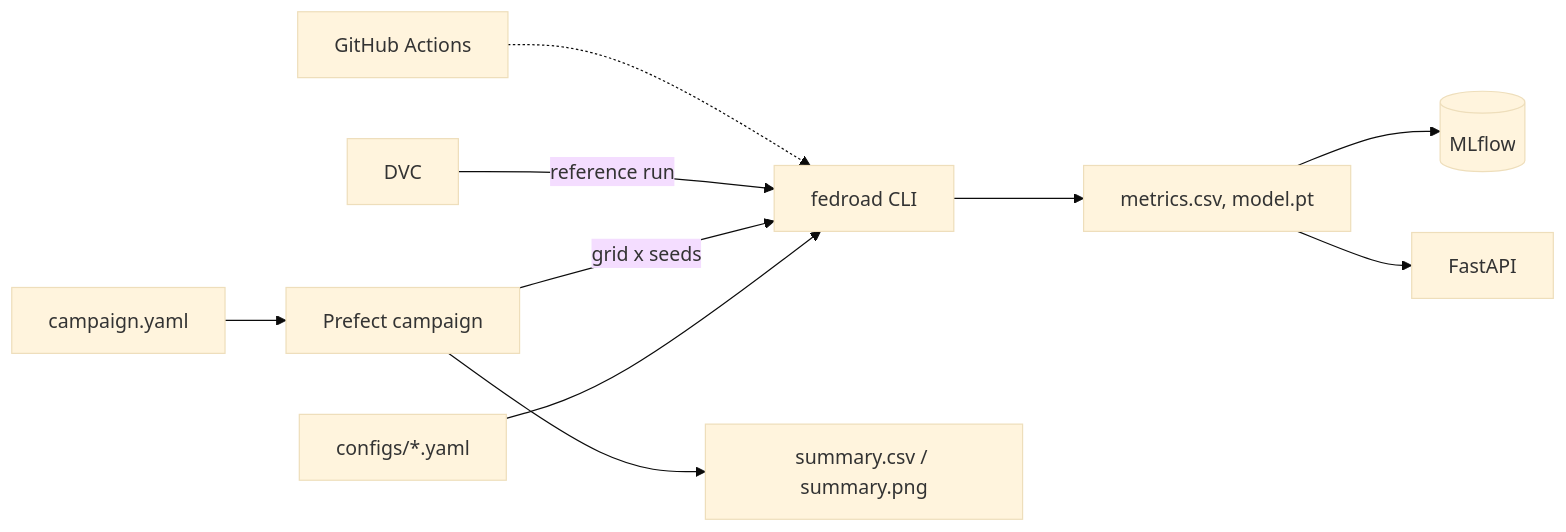
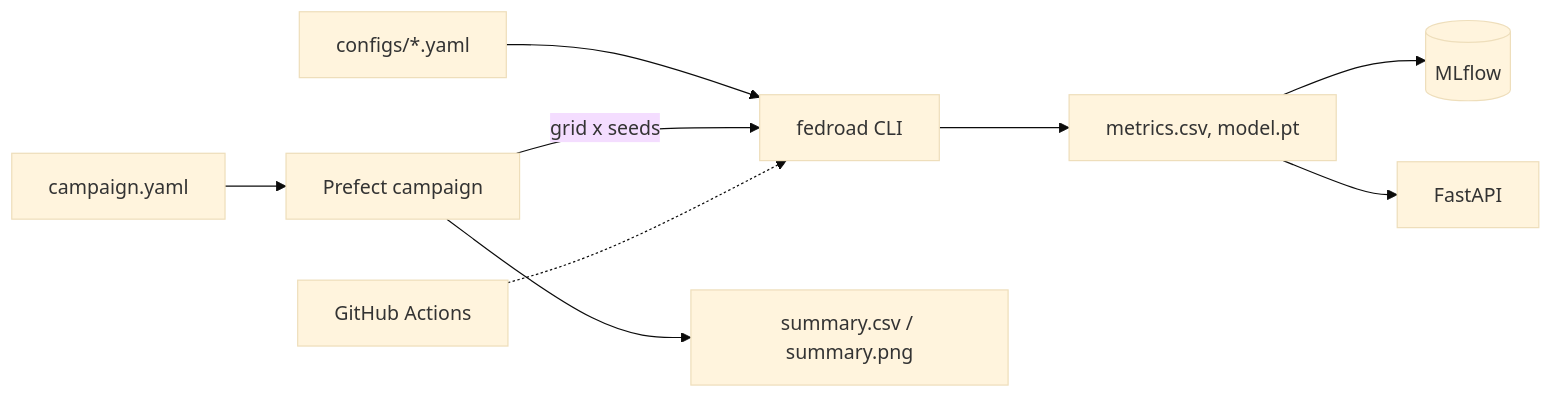
Before and after one commit to SelmanSzgn/fedroad: the diagram in README.md, drawn with Mermaid (base theme). The commit also changed other lines of this file and 7 other files, not shown here.

````diff
--- a/README.md
+++ b/README.md
@@ -23,12 +23,11 @@
 ```mermaid
 flowchart LR
     cfg["configs/*.yaml"] --> sim["fedroad CLI"]
     camp["campaign.yaml"] --> flow["Prefect campaign"]
     flow -->|"grid x seeds"| sim
     sim --> out["metrics.csv, model.pt"]
     out --> mlf[("MLflow")]
     flow --> ana["summary.csv / summary.png"]
-    dvc["DVC"] -->|"reference run"| sim
     out --> api["FastAPI"]
     ci["GitHub Actions"] -.-> sim
 ```
````
